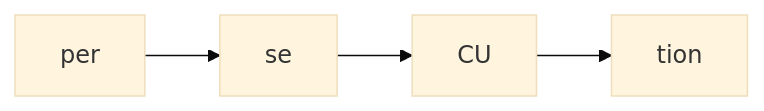
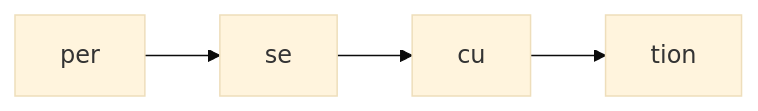
One commit to seki999/DialogueFlow changed the first of 5 diagrams in slides_backup/托业单词/20260630/03.md. Above: the diagram before and after it, drawn with Mermaid (base theme). The commit also changed other lines of this file and 28 other files, not shown here.

````diff
--- a/slides_backup/托业单词/20260630/03.md
+++ b/slides_backup/托业单词/20260630/03.md
@@ -17,6 +19,6 @@
 ```mermaid
 flowchart LR
     A[per] --> B[se]
-    B --> C[CU]
+    B --> C[cu]
     C --> D[tion]
 ```
````
